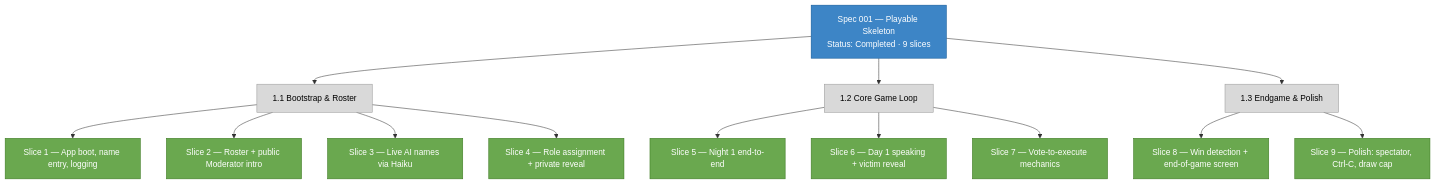
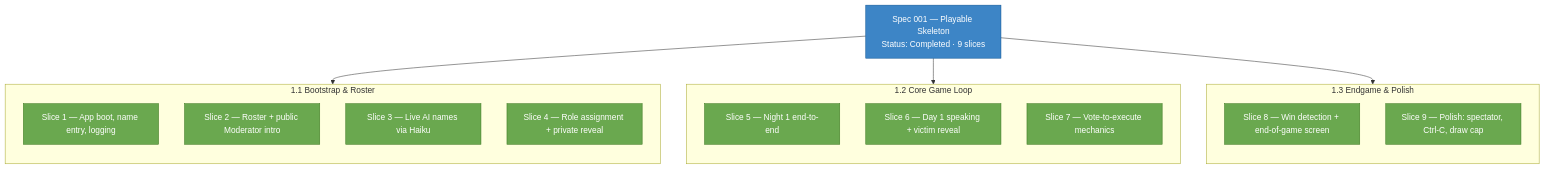
Before and after one commit to tigra/graphia: the second of 3 diagrams in context/project-timeline.md, drawn with Mermaid. The commit also changed other lines of this file and 2 other files, not shown here.

First line of the commit message:
Project timeline: fold in Phase 2 closure + critique fixes

````diff
--- a/context/project-timeline.md
+++ b/context/project-timeline.md
@@ -72,20 +80,28 @@
 ```mermaid
-flowchart TD
+flowchart TB
     S1["Spec 001 — Playable Skeleton<br/>Status: Completed · 9 slices"]:::spec
-    S1 --> G11["1.1 Bootstrap & Roster"]:::area
-    S1 --> G12["1.2 Core Game Loop"]:::area
-    S1 --> G13["1.3 Endgame & Polish"]:::area
-    G11 --> T1["Slice 1 — App boot, name entry, logging"]:::done
-    G11 --> T2["Slice 2 — Roster + public Moderator intro"]:::done
-    G11 --> T3["Slice 3 — Live AI names via Haiku"]:::done
-    G11 --> T4["Slice 4 — Role assignment + private reveal"]:::done
-    G12 --> T5["Slice 5 — Night 1 end-to-end"]:::done
-    G12 --> T6["Slice 6 — Day 1 speaking + victim reveal"]:::done
-    G12 --> T7["Slice 7 — Vote-to-execute mechanics"]:::done
-    G13 --> T8["Slice 8 — Win detection + end-of-game screen"]:::done
-    G13 --> T9["Slice 9 — Polish: spectator, Ctrl-C, draw cap"]:::done
+    subgraph G11 ["1.1 Bootstrap & Roster"]
+        direction TB
+        T1["Slice 1 — App boot, name entry, logging"]:::done
+        T2["Slice 2 — Roster + public Moderator intro"]:::done
+        T3["Slice 3 — Live AI names via Haiku"]:::done
+        T4["Slice 4 — Role assignment + private reveal"]:::done
+    end
+    subgraph G12 ["1.2 Core Game Loop"]
+        direction TB
+        T5["Slice 5 — Night 1 end-to-end"]:::done
+        T6["Slice 6 — Day 1 speaking + victim reveal"]:::done
+        T7["Slice 7 — Vote-to-execute mechanics"]:::done
+    end
+    subgraph G13 ["1.3 Endgame & Polish"]
+        direction TB
+        T8["Slice 8 — Win detection + end-of-game screen"]:::done
+        T9["Slice 9 — Polish: spectator, Ctrl-C, draw cap"]:::done
+    end
+    S1 --> G11
+    S1 --> G12
+    S1 --> G13
     classDef spec fill:#3d85c6,stroke:#0b5394,color:#fff
-    classDef area fill:#d9d9d9,stroke:#999999,color:#000
     classDef done fill:#6aa84f,stroke:#38761d,color:#fff
     classDef pending fill:#e69138,stroke:#b45f06,color:#fff
 ```
````
